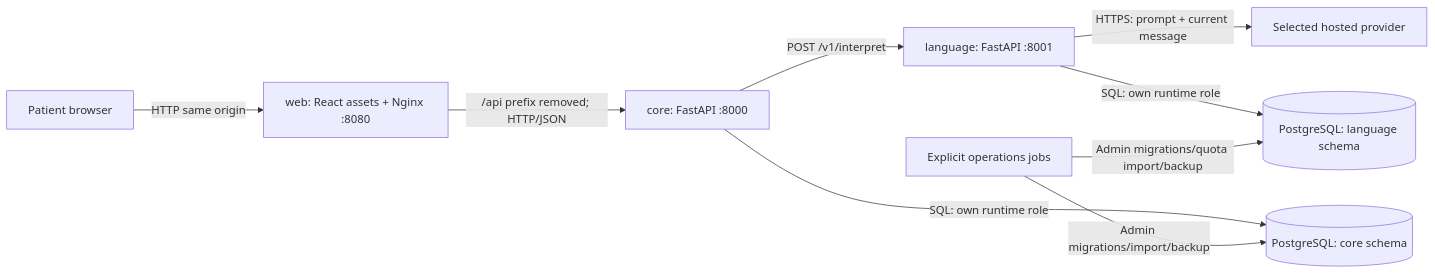
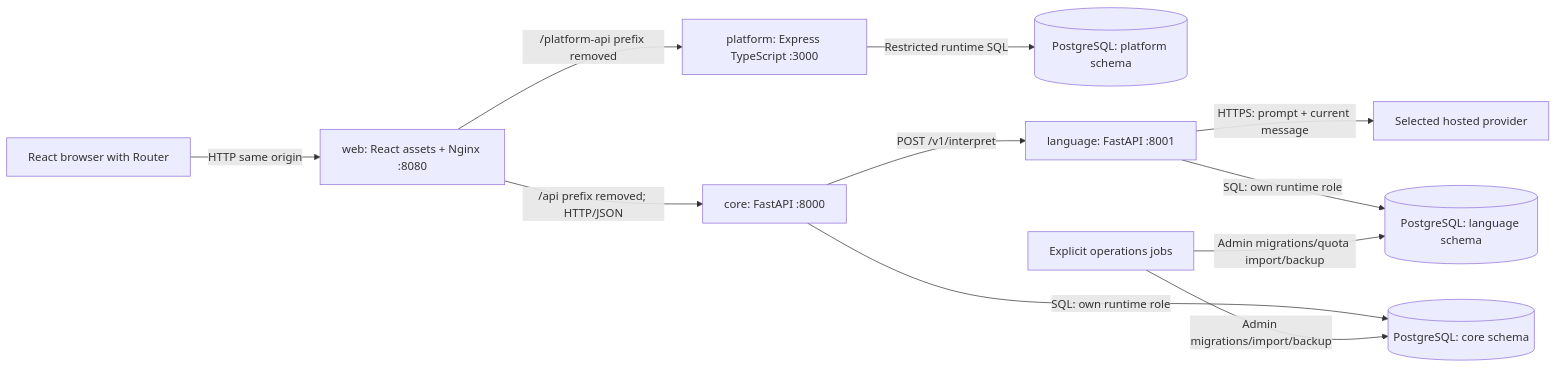
The first of 4 diagrams in PROJECT_CONTEXT.md (reda-alilou/pharmacy-assistant), drawn with Mermaid before and after one commit. The commit also changed other lines of this file and 105 other files, not shown here.

````diff
--- a/PROJECT_CONTEXT.md
+++ b/PROJECT_CONTEXT.md
@@ -79,11 +100,13 @@
 ```mermaid
 flowchart LR
-    Patient[Patient browser] -->|HTTP same origin| Web[web: React assets + Nginx :8080]
+    Patient[React browser with Router] -->|HTTP same origin| Web[web: React assets + Nginx :8080]
+    Web -->|/platform-api prefix removed| Platform[platform: Express TypeScript :3000]
+    Platform -->|Restricted runtime SQL| PlatformDB[(PostgreSQL: platform schema)]
     Web -->|/api prefix removed; HTTP/JSON| Core[core: FastAPI :8000]
     Core -->|POST /v1/interpret| Language[language: FastAPI :8001]
     Language -->|HTTPS: prompt + current message| Provider[Selected hosted provider]
     Core -->|SQL: own runtime role| CoreDB[(PostgreSQL: core schema)]
     Language -->|SQL: own runtime role| LanguageDB[(PostgreSQL: language schema)]
     Ops[Explicit operations jobs] -->|Admin migrations/import/backup| CoreDB
     Ops -->|Admin migrations/quota import/backup| LanguageDB
 ```
````
